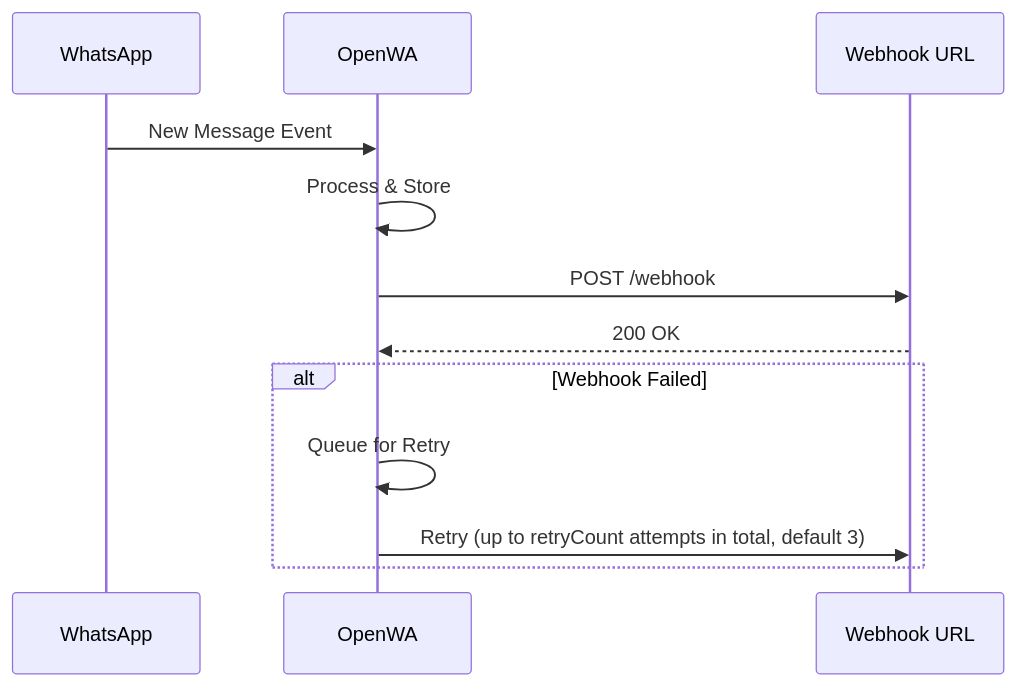
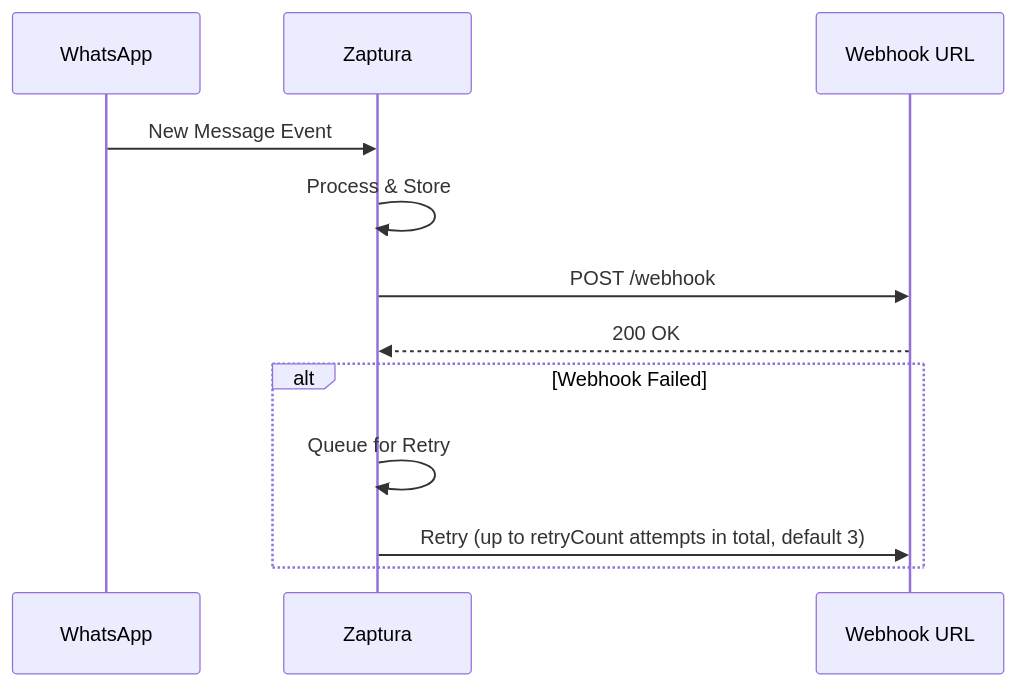
Before and after one commit to AsmSafone/Whatsapp-SaaS: the third of 13 diagrams in docs/02-requirements-specification.md, drawn with Mermaid. The commit also changed other lines of this file and 940 other files, not shown here.

````diff
--- a/docs/02-requirements-specification.md
+++ b/docs/02-requirements-specification.md
@@ -82,16 +82,16 @@
 ```mermaid
 sequenceDiagram
     participant WA as WhatsApp
-    participant OW as OpenWA
+    participant OW as Zaptura
     participant WH as Webhook URL
 
     WA->>OW: New Message Event
     OW->>OW: Process & Store
     OW->>WH: POST /webhook
     WH-->>OW: 200 OK
 
     alt Webhook Failed
         OW->>OW: Queue for Retry
         OW->>WH: Retry (up to retryCount attempts in total, default 3)
     end
 ```
````
